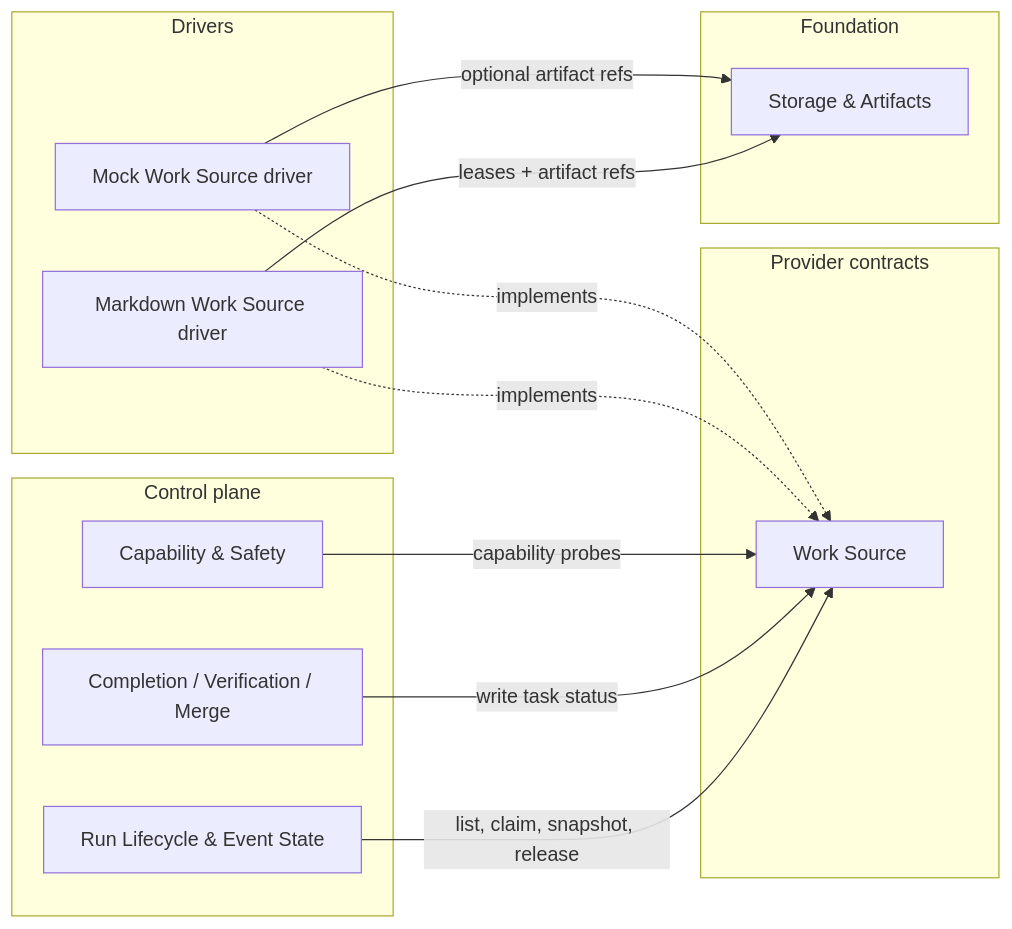
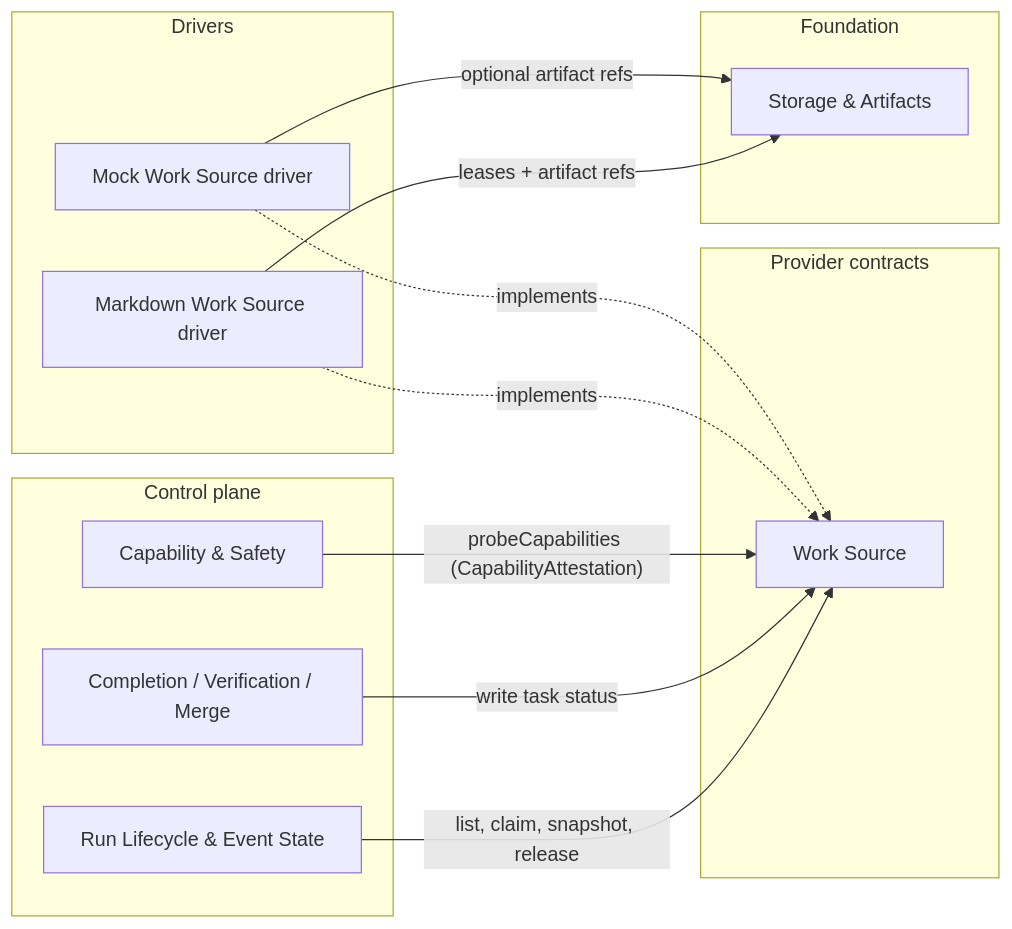
One commit to aryeko/agentic-workflow-kit changed the first of 2 diagrams in docs/design/domains/prov-03-work-source/design.md. Above: the diagram before and after it, drawn with Mermaid. The commit also changed other lines of this file and 5 other files, not shown here.

````diff
--- a/docs/design/domains/prov-03-work-source/design.md
+++ b/docs/design/domains/prov-03-work-source/design.md
@@ -28,25 +28,25 @@
 ```mermaid
 flowchart LR
   subgraph CORE["Control plane"]
     RL["Run Lifecycle & Event State"]
     CAP["Capability & Safety"]
     CMP["Completion / Verification / Merge"]
   end
   subgraph SEAMS["Provider contracts"]
     WS["Work Source"]
   end
   subgraph DRIVERS["Drivers"]
     MD["Markdown Work Source driver"]
     MOCK["Mock Work Source driver"]
   end
   subgraph FND["Foundation"]
     STA["Storage & Artifacts"]
   end
   RL -->|"list, claim, snapshot, release"| WS
   CMP -->|"write task status"| WS
-  CAP -->|"capability probes"| WS
+  CAP -->|"probeCapabilities (CapabilityAttestation)"| WS
   MD -.implements.-> WS
   MOCK -.implements.-> WS
   MD -->|"leases + artifact refs"| STA
   MOCK -->|"optional artifact refs"| STA
 ```
````
